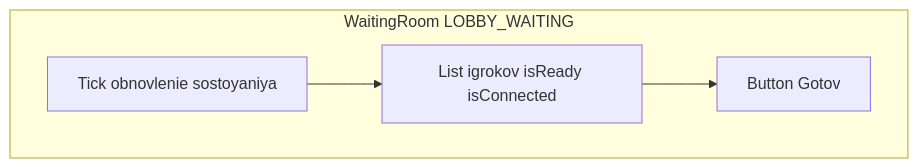
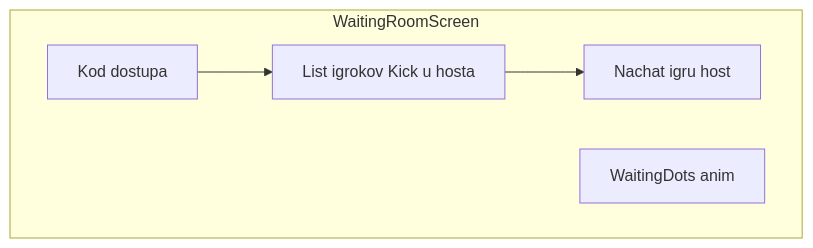
Before and after one commit to ivanbogomoloff/fool-card-game: the tenth of 12 diagrams in docs/architecture/navigation-and-screens.md, drawn with Mermaid. The commit also changed other lines of this file and 45 other files, not shown here.

````diff
--- a/docs/architecture/navigation-and-screens.md
+++ b/docs/architecture/navigation-and-screens.md
@@ -157,10 +153,10 @@
 ```mermaid
 flowchart TB
-    subgraph waitingRoom [WaitingRoom LOBBY_WAITING]
-        PlayerList[List igrokov isReady isConnected]
-        BtnReady[Button Gotov]
-        TickIndicator[Tick obnovlenie sostoyaniya]
+    subgraph waitingRoom [WaitingRoomScreen]
+        AccessCode[Kod dostupa]
+        WaitingDots[WaitingDots anim]
+        PlayerList[List igrokov Kick u hosta]
+        BtnStart[Nachat igru host]
     end
-    PlayerList --> BtnReady
-    TickIndicator --> PlayerList
+    AccessCode --> PlayerList --> BtnStart
 ```
````
